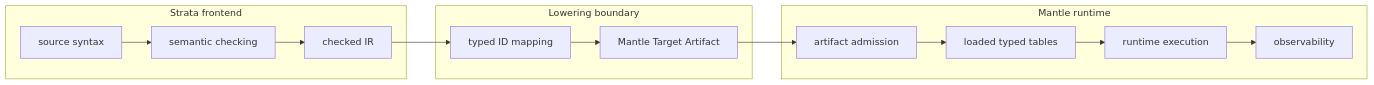
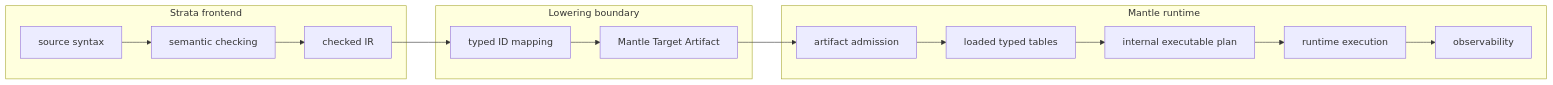
The third of 3 diagrams in docs/src/implementation-architecture.md (beardedeagle/strata), drawn with Mermaid before and after one commit. The commit also changed other lines of this file and 44 other files, not shown here.

````diff
--- a/docs/src/implementation-architecture.md
+++ b/docs/src/implementation-architecture.md
@@ -90,22 +94,23 @@
 ```mermaid
 flowchart LR
     subgraph Strata["Strata frontend"]
         Syntax["source syntax"]
         Check["semantic checking"]
         Ir["checked IR"]
     end
 
     subgraph Lower["Lowering boundary"]
         Map["typed ID mapping"]
         Mta["Mantle Target Artifact"]
     end
 
     subgraph Mantle["Mantle runtime"]
         Admit["artifact admission"]
         Tables["loaded typed tables"]
+        Plan["internal executable plan"]
         Exec["runtime execution"]
         Obs["observability"]
     end
 
-    Syntax --> Check --> Ir --> Map --> Mta --> Admit --> Tables --> Exec --> Obs
+    Syntax --> Check --> Ir --> Map --> Mta --> Admit --> Tables --> Plan --> Exec --> Obs
 ```
````
